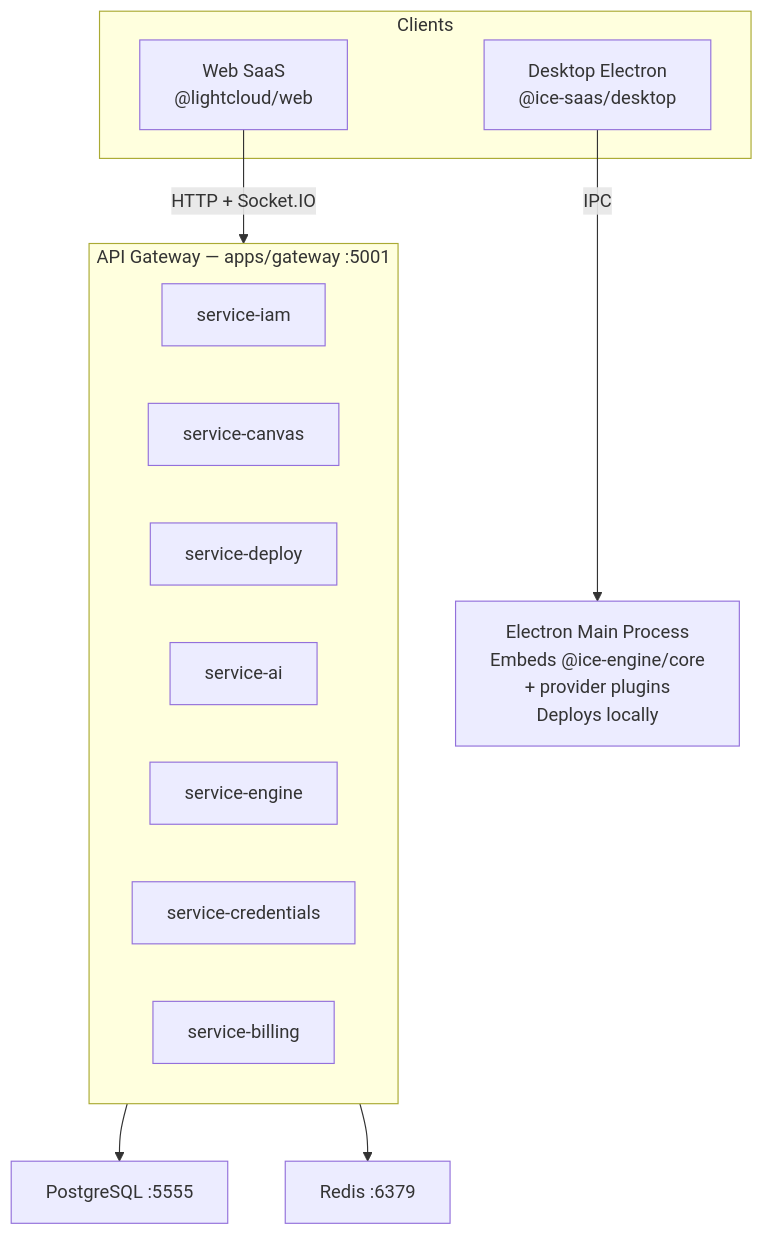
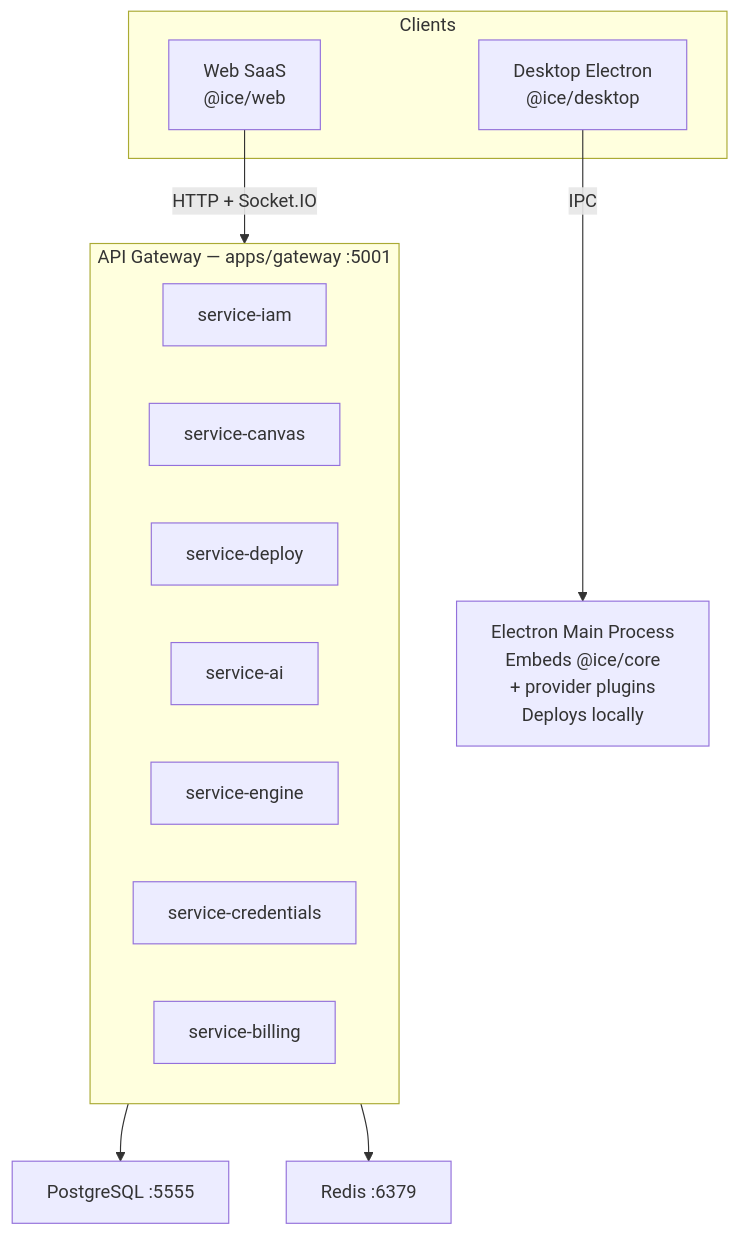
One commit to light-cloud-com/ice changed the first of 3 diagrams in docs/architecture.md. Above: the diagram before and after it, drawn with Mermaid. The commit also changed other lines of this file and 1025 other files, not shown here.

````diff
--- a/docs/architecture.md
+++ b/docs/architecture.md
@@ -7,25 +7,25 @@
 ```mermaid
 graph TD
     subgraph Clients
-        Web["Web SaaS<br/>@lightcloud/web"]
-        Desktop["Desktop Electron<br/>@ice-saas/desktop"]
+        Web["Web SaaS<br/>@ice/web"]
+        Desktop["Desktop Electron<br/>@ice/desktop"]
     end
 
     Web -->|"HTTP + Socket.IO"| Gateway
     Desktop -->|"IPC"| Electron
 
     subgraph Gateway["API Gateway — apps/gateway :5001"]
         IAM[service-iam]
         Canvas[service-canvas]
         Deploy[service-deploy]
         AI[service-ai]
         Engine[service-engine]
         Creds[service-credentials]
         Billing[service-billing]
     end
 
-    Electron["Electron Main Process<br/>Embeds @ice-engine/core<br/>+ provider plugins<br/>Deploys locally"]
+    Electron["Electron Main Process<br/>Embeds @ice/core<br/>+ provider plugins<br/>Deploys locally"]
 
     Gateway --> PostgreSQL["PostgreSQL :5555"]
     Gateway --> Redis["Redis :6379"]
 ```
````
